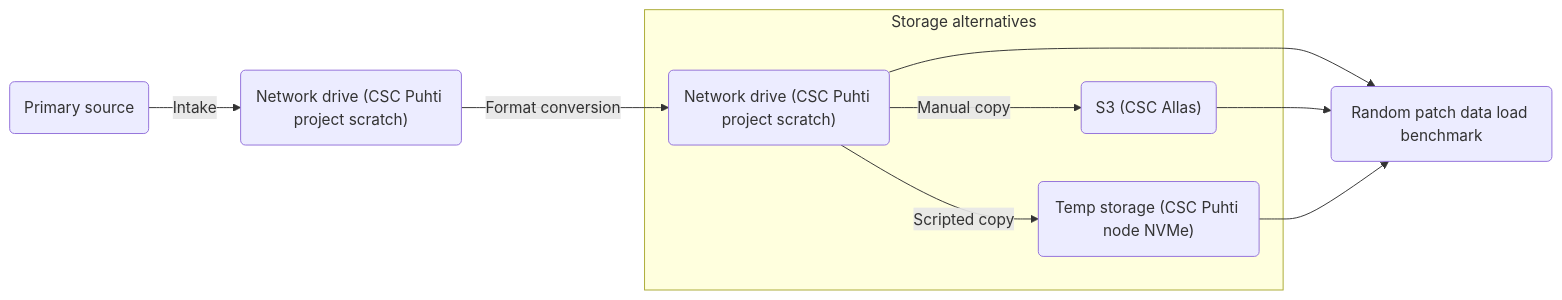
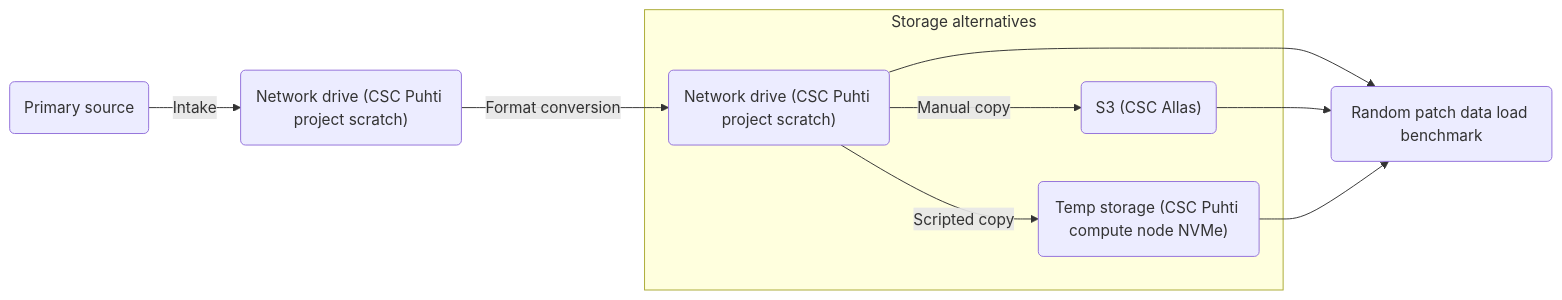
Before and after one commit to hamk-uas/datacube-storage-lab: the first of 2 diagrams in README.md, drawn with Mermaid.

````diff
--- a/README.md
+++ b/README.md
@@ -9,15 +9,15 @@
 ```mermaid
 graph LR
     subgraph Storage alternatives
         B("Network drive (CSC Puhti project scratch)")
         C("S3 (CSC Allas)")
         D("Temp storage (CSC Puhti node NVMe)")
     end
     A(Primary source)--Intake-->P("Network drive (CSC Puhti project scratch)")
     P--Format conversion-->B
     B--Manual copy-->C("S3 (CSC Allas)")
-    B--Scripted copy-->D("Temp storage (CSC Puhti node NVMe)")
+    B--Scripted copy-->D("Temp storage (CSC Puhti compute node NVMe)")
     B-->E(Random patch data load benchmark)
     C-->E
     D-->E
 ```
````
